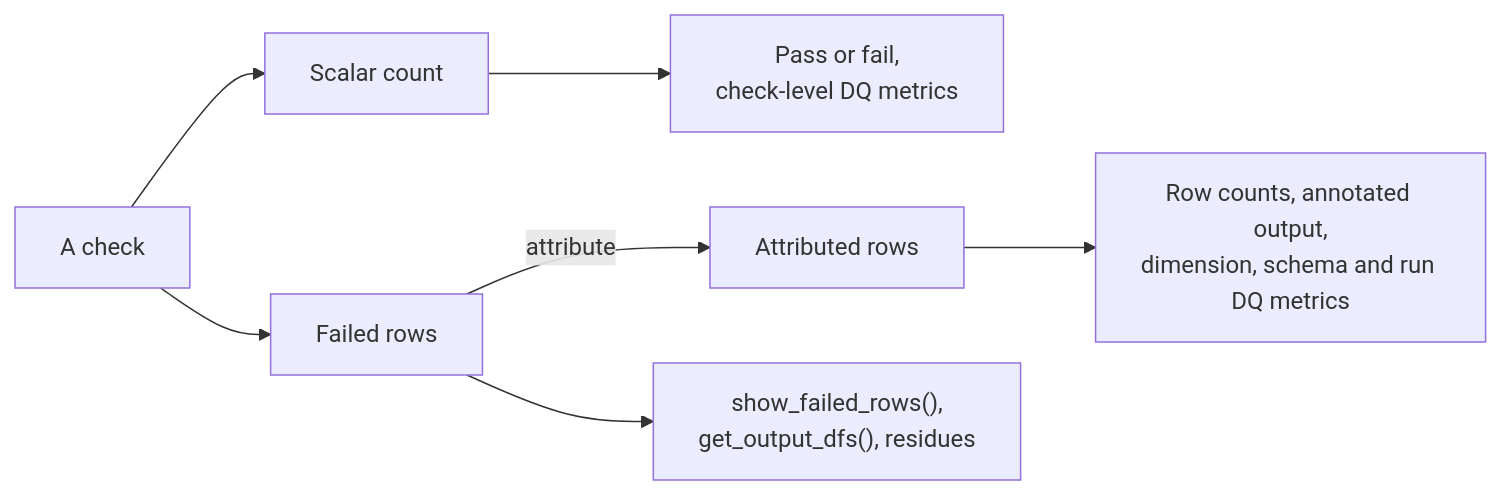
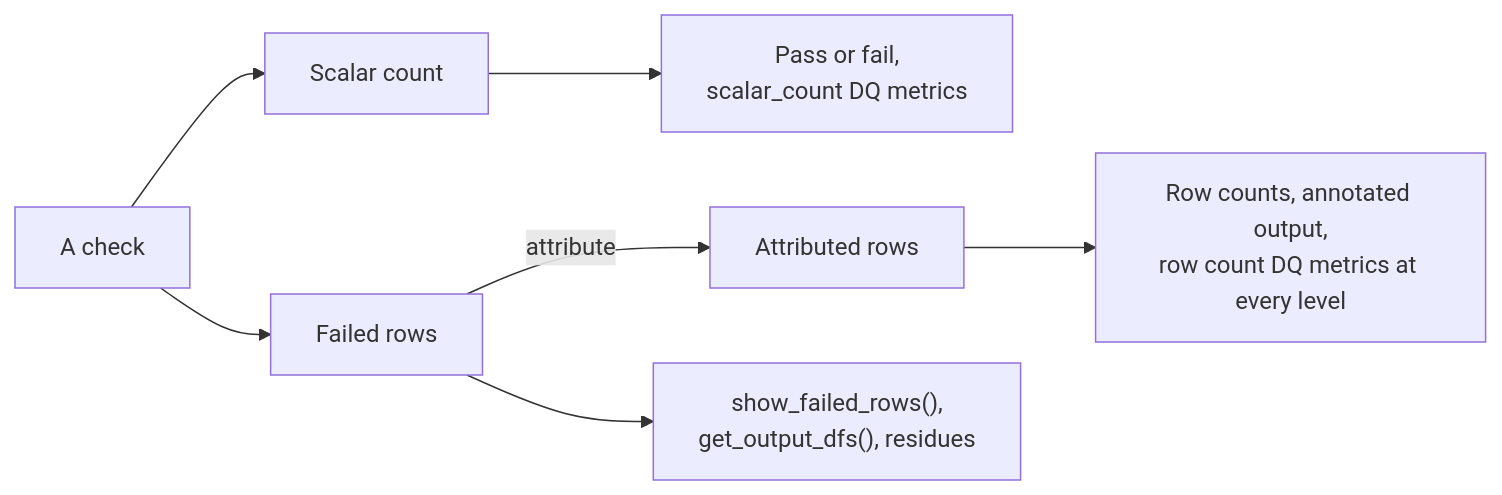
The second of 3 diagrams in docs/design-considerations/checks/check-results.md (govtech-data-practice/vowl), drawn with Mermaid before and after one commit. The commit also changed other lines of this file and 35 other files, not shown here.

First line of the commit message:
feat(dq-metrics)!: check-level row.count uses attributed rows, add scalar_count

````diff
--- a/docs/design-considerations/checks/check-results.md
+++ b/docs/design-considerations/checks/check-results.md
@@ -285,9 +288,9 @@
 ```mermaid
 flowchart LR
     check["A check"] --> sc["Scalar count"]
     check --> fr["Failed rows"]
     fr -->|attribute| ar["Attributed rows"]
-    sc --> u1["Pass or fail,<br/>check-level DQ metrics"]
+    sc --> u1["Pass or fail,<br/>scalar_count DQ metrics"]
     fr --> u2["show_failed_rows(),<br/>get_output_dfs(), residues"]
-    ar --> u3["Row counts, annotated output,<br/>dimension, schema and run DQ metrics"]
+    ar --> u3["Row counts, annotated output,<br/>row count DQ metrics at every level"]
 ```
````
